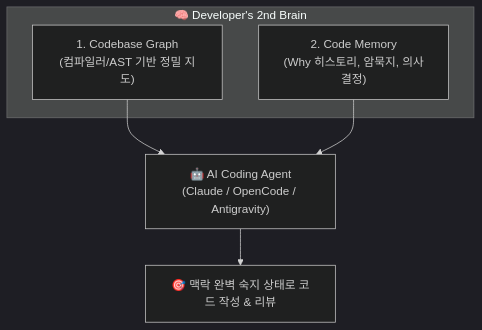
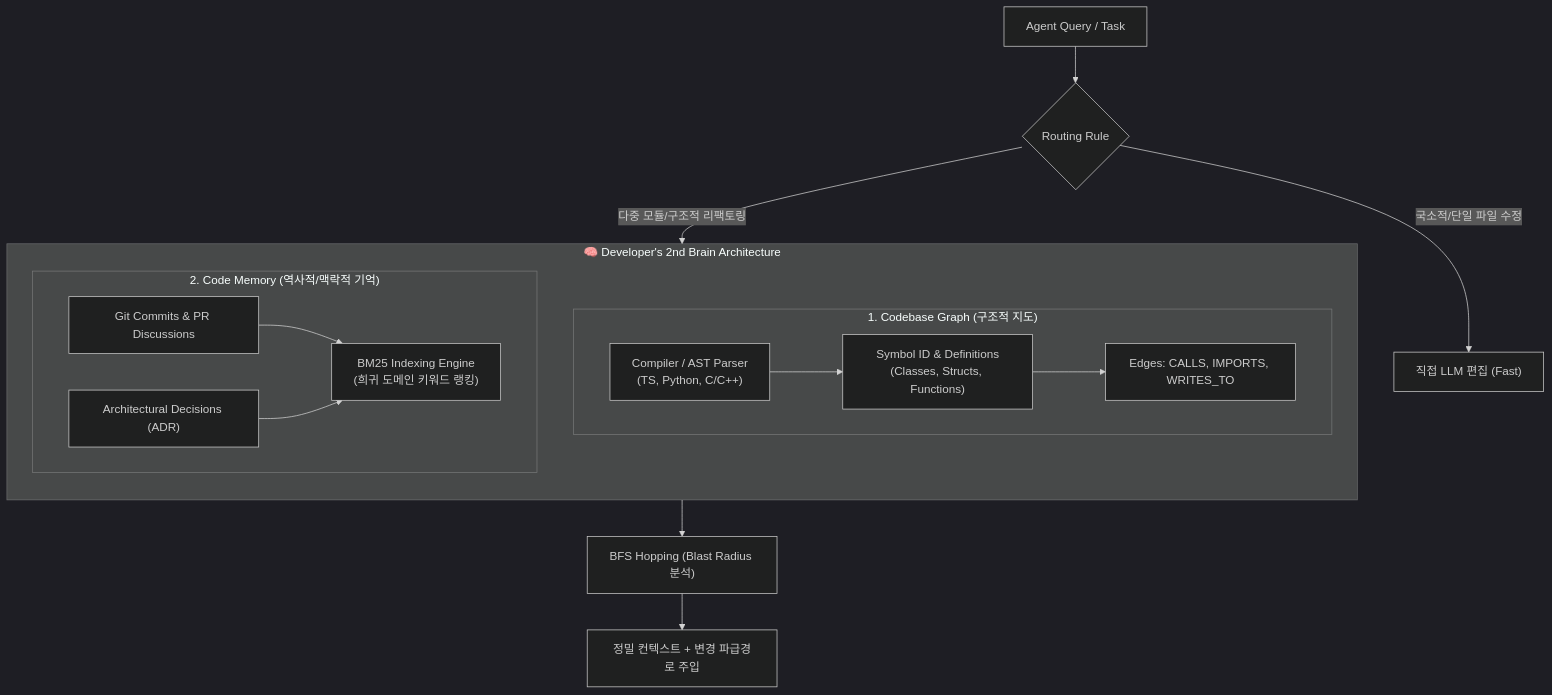
The second of 5 diagrams in _sources/Study/AI-Lectures/실밸개발자/20261108_2ndBrain_and_Eval/01_Meta_Senior_2ndBrain_and_Eval_Notes.md (KIHOKIL/MyWiki), drawn with Mermaid (dark theme) before and after one commit. The commit also changed other lines of this file and 9 other files, not shown here.

````diff
--- a/_sources/Study/AI-Lectures/실밸개발자/20261108_2ndBrain_and_Eval/01_Meta_Senior_2ndBrain_and_Eval_Notes.md
+++ b/_sources/Study/AI-Lectures/실밸개발자/20261108_2ndBrain_and_Eval/01_Meta_Senior_2ndBrain_and_Eval_Notes.md
@@ -38,12 +84,29 @@
 ```mermaid
 flowchart TD
-    subgraph SecondBrain["🧠 Developer's 2nd Brain"]
-        CG["1. Codebase Graph\n(컴파일러/AST 기반 정밀 지도)"]
-        CM["2. Code Memory\n(Why 히스토리, 암묵지, 의사결정)"]
+    subgraph SecondBrain["🧠 Developer's 2nd Brain Architecture"]
+        direction TB
+        subgraph Layer1["1. Codebase Graph (구조적 지도)"]
+            AST["Compiler / AST Parser
+(TS, Python, C/C++)"]
+            Sym["Symbol ID & Definitions
+(Classes, Structs, Functions)"]
+            Edges["Edges: CALLS, IMPORTS, WRITES_TO"]
+            AST --> Sym --> Edges
+        end
+
+        subgraph Layer2["2. Code Memory (역사적/맥락적 기억)"]
+            Git["Git Commits & PR Discussions"]
+            Why["Architectural Decisions (ADR)"]
+            BM25["BM25 Indexing Engine
+(희귀 도메인 키워드 랭킹)"]
+            Git --> BM25
+            Why --> BM25
+        end
     end
 
-    CG --> Agent["🤖 AI Coding Agent\n(Claude / OpenCode / Antigravity)"]
-    CM --> Agent
-
-    Agent --> Action["🎯 맥락 완벽 숙지 상태로 코드 작성 & 리뷰"]
+    Query["Agent Query / Task"] --> Router{"Routing Rule"}
+    Router -- "국소적/단일 파일 수정" --> Direct["직접 LLM 편집 (Fast)"]
+    Router -- "다중 모듈/구조적 리팩토링" --> SecondBrain
+    SecondBrain --> BFS["BFS Hopping (Blast Radius 분석)"]
+    BFS --> Result["정밀 컨텍스트 + 변경 파급경로 주입"]
 ```
````
